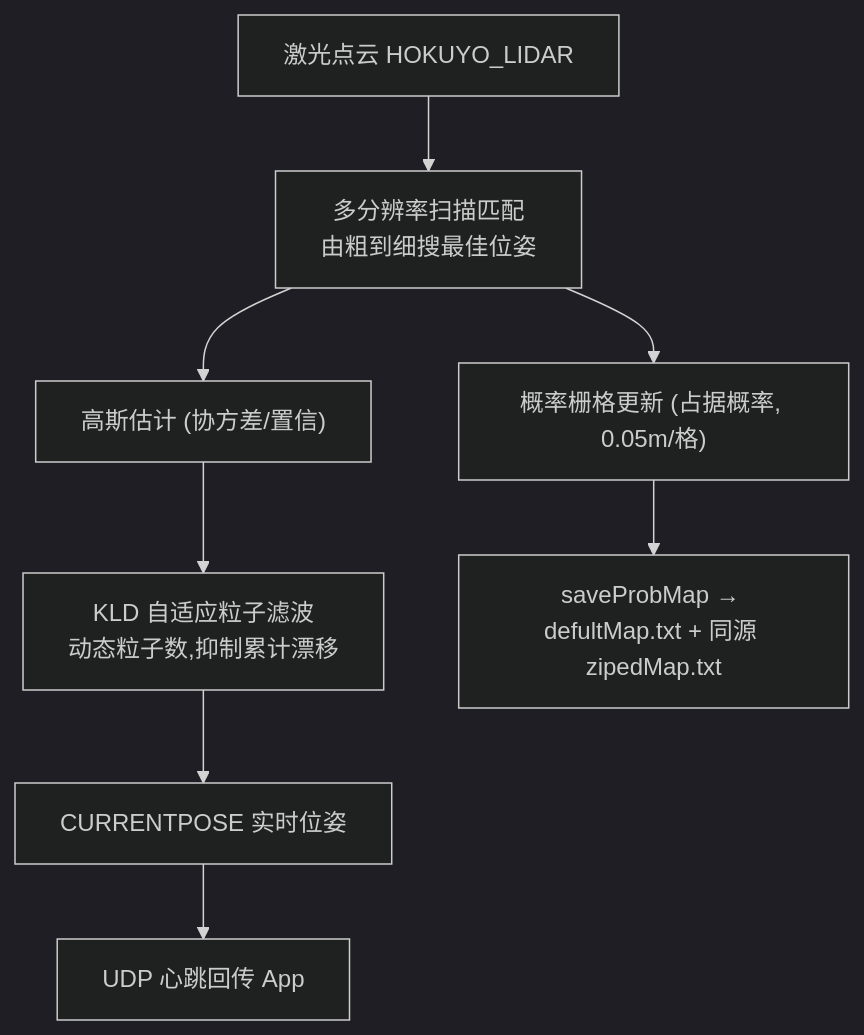
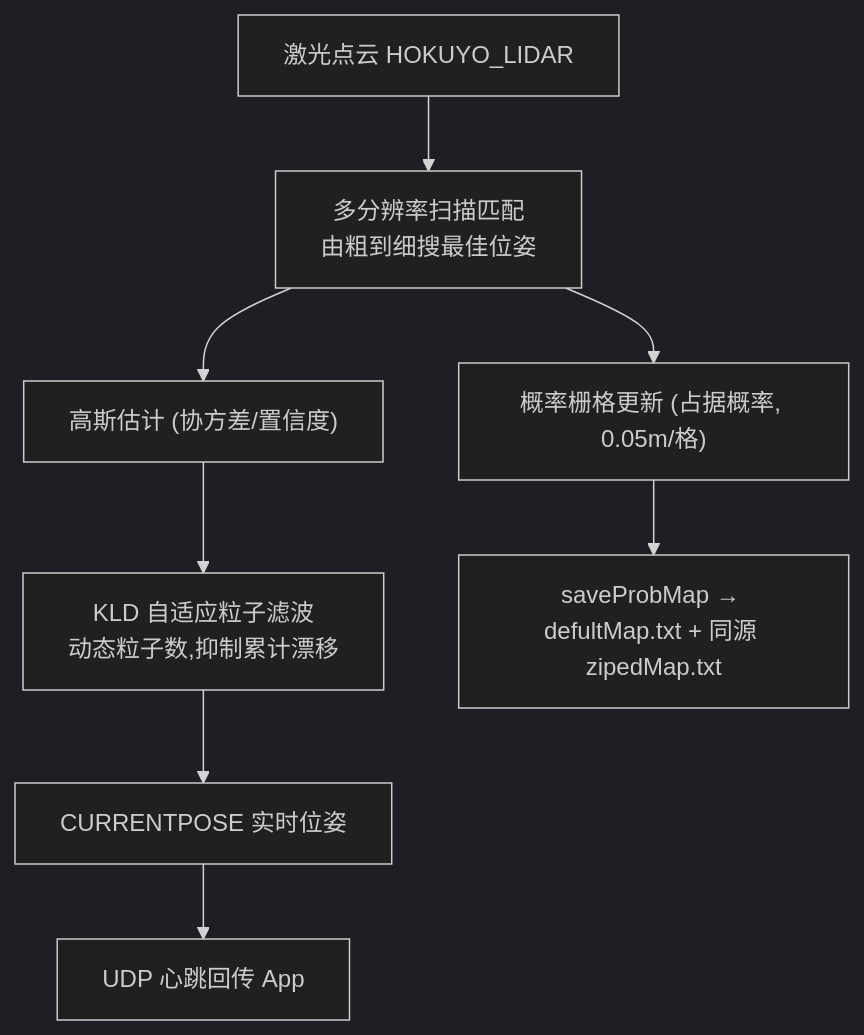
The seventh of 32 diagrams in 竞赛文档/作品设计文档.md (Drahann/OpenHarmonyCar), drawn with Mermaid (dark theme) before and after one commit. The commit also changed other lines of this file, not shown here.

First line of the commit message:
docs: 作品设计文档重做——技术深挖(面向评委)+按DDO写软总线+全导航算法图+删冗余

````diff
--- a/竞赛文档/作品设计文档.md
+++ b/竞赛文档/作品设计文档.md
@@ -313,10 +426,10 @@
 ```mermaid
 graph TB
   L["激光点云 HOKUYO_LIDAR"] --> SM["多分辨率扫描匹配<br/>由粗到细搜最佳位姿"]
-  SM --> GE["高斯估计 (协方差/置信)"]
+  SM --> GE["高斯估计 (协方差/置信度)"]
   GE --> PF["KLD 自适应粒子滤波<br/>动态粒子数,抑制累计漂移"]
   PF --> POSE["CURRENTPOSE 实时位姿"]
   SM --> MAP["概率栅格更新 (占据概率, 0.05m/格)"]
   MAP --> SAVE["saveProbMap → defultMap.txt + 同源 zipedMap.txt"]
   POSE --> HB["UDP 心跳回传 App"]
 ```
````
